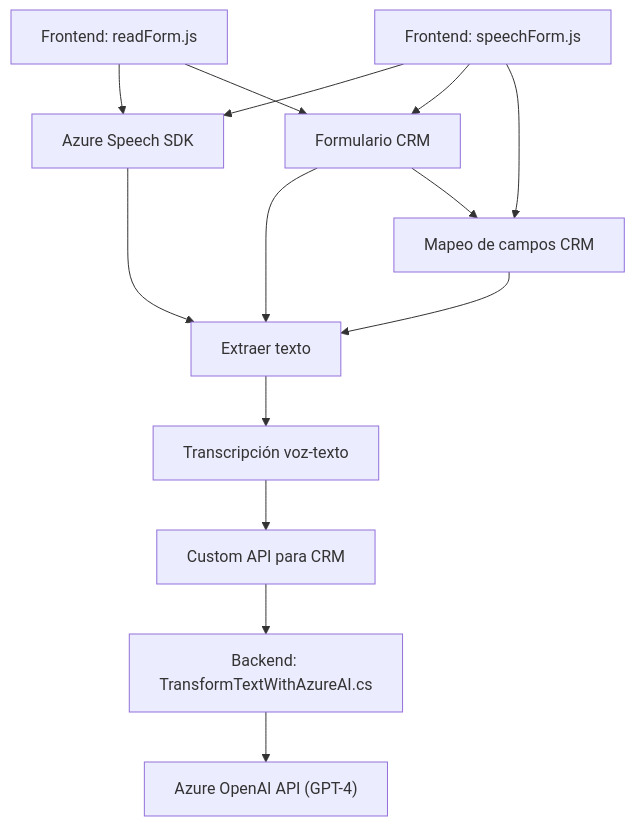
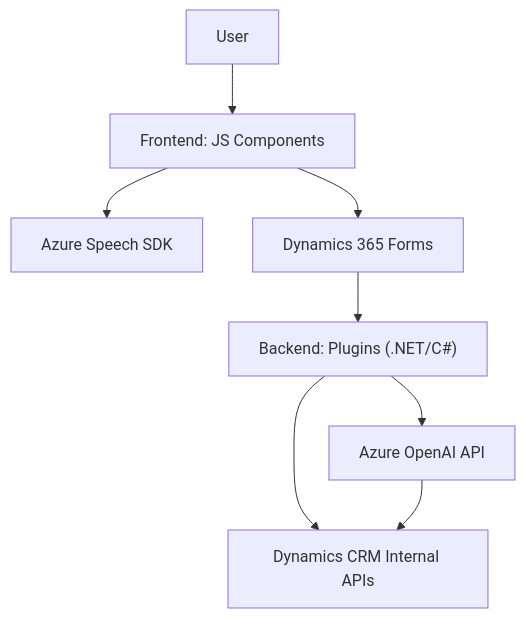
Before and after one commit to blopezdm/NETCORE_BILBAO2025: the diagram in README.md, drawn with Mermaid. The commit also changed other lines of this file, not shown here.

````diff
--- a/README.md
+++ b/README.md
@@ -47,19 +61,10 @@
 ```mermaid
 graph TD
-    A["Frontend: readForm.js"] --> B["Azure Speech SDK"]
-    A --> X["Formulario CRM"]
-    X --> F["Extraer campos visibles"]
-    B --> F
-
-    E["Frontend: speechForm.js"] --> B
-    E --> X
-    X --> J["Mapeo de campos CRM"]
-    E --> J
-    J --> F
-
-    F["Extraer texto"] --> G["Transcripción voz-texto"]
-    G --> H["Custom API para CRM"]
-    H --> C["Backend: TransformTextWithAzureAI.cs"]
-    
-    C --> D["Azure OpenAI API (GPT-4)"]
+    A["User"] --> B["Frontend: JS Components"]
+    B --> C["Azure Speech SDK"]
+    B --> D["Dynamics 365 Forms"]
+    D --> E["Backend: Plugins (.NET/C#)"]
+    E --> F["Azure OpenAI API"]
+    E --> G["Dynamics CRM Internal APIs"]
+    F --> G
 ```
````
